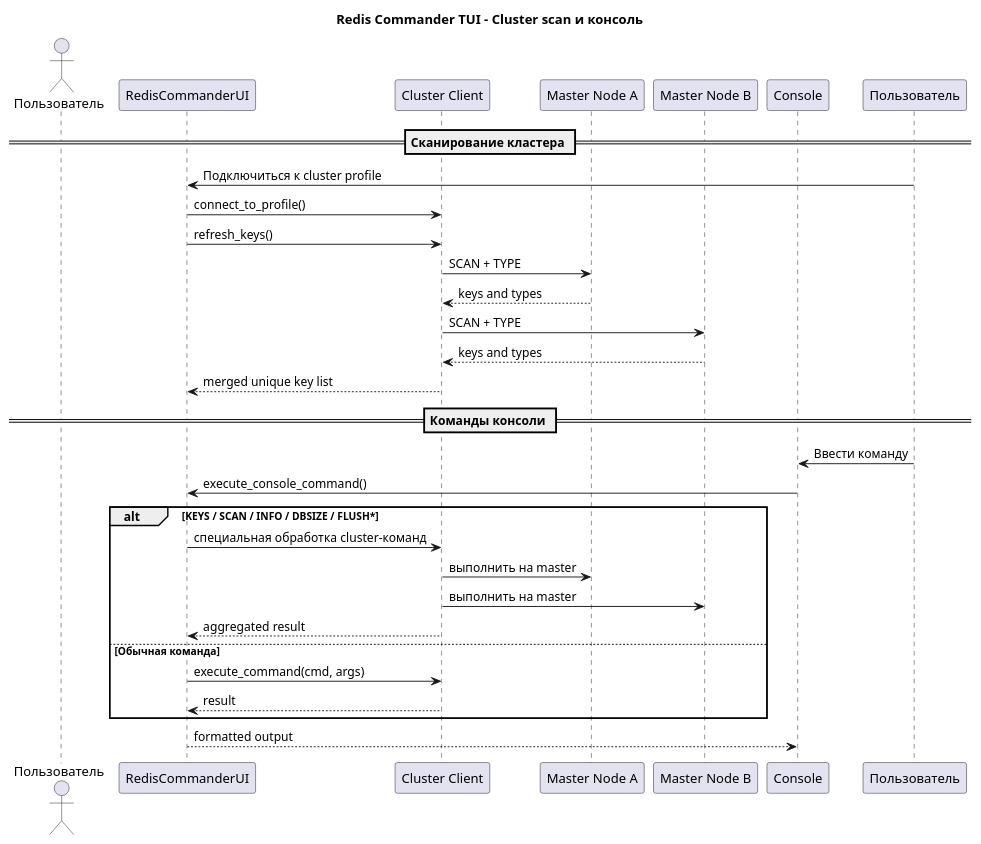
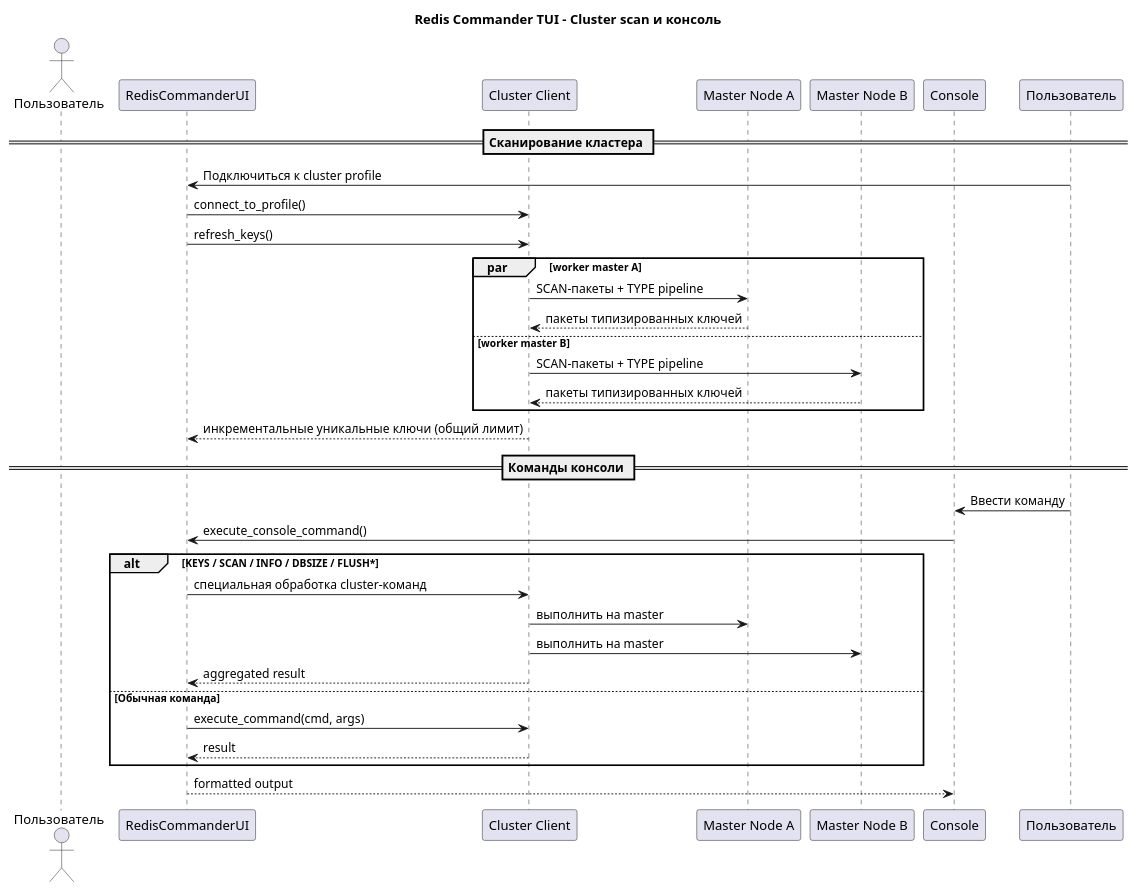
One commit to dtarasov7/redis-commander changed the diagram in diagramms/cluster-scan-and-console-ru.puml. Above: the diagram before and after it, drawn with PlantUML. The commit also changed 33 other files, not shown here.

```diff
--- a/diagramms/cluster-scan-and-console-ru.puml
+++ b/diagramms/cluster-scan-and-console-ru.puml
@@ -1,37 +1,40 @@
 @startuml
 title Redis Commander TUI - Cluster scan и консоль
 
 actor User as "Пользователь"
 participant "RedisCommanderUI" as UI
 participant "Cluster Client" as Cluster
 participant "Master Node A" as NodeA
 participant "Master Node B" as NodeB
 participant "Console" as Console
 
 == Сканирование кластера ==
 "Пользователь" -> UI: Подключиться к cluster profile
 UI -> Cluster: connect_to_profile()
 UI -> Cluster: refresh_keys()
-Cluster -> NodeA: SCAN + TYPE
-NodeA --> Cluster: keys and types
-Cluster -> NodeB: SCAN + TYPE
-NodeB --> Cluster: keys and types
-Cluster --> UI: merged unique key list
+par worker master A
+  Cluster -> NodeA: SCAN-пакеты + TYPE pipeline
+  NodeA --> Cluster: пакеты типизированных ключей
+else worker master B
+  Cluster -> NodeB: SCAN-пакеты + TYPE pipeline
+  NodeB --> Cluster: пакеты типизированных ключей
+end
+Cluster --> UI: инкрементальные уникальные ключи (общий лимит)
 
 == Команды консоли ==
 "Пользователь" -> Console: Ввести команду
 Console -> UI: execute_console_command()
 
 alt KEYS / SCAN / INFO / DBSIZE / FLUSH*
   UI -> Cluster: специальная обработка cluster-команд
   Cluster -> NodeA: выполнить на master
   Cluster -> NodeB: выполнить на master
   Cluster --> UI: aggregated result
 else Обычная команда
   UI -> Cluster: execute_command(cmd, args)
   Cluster --> UI: result
 end
 
 UI --> Console: formatted output
 
 @enduml
```
